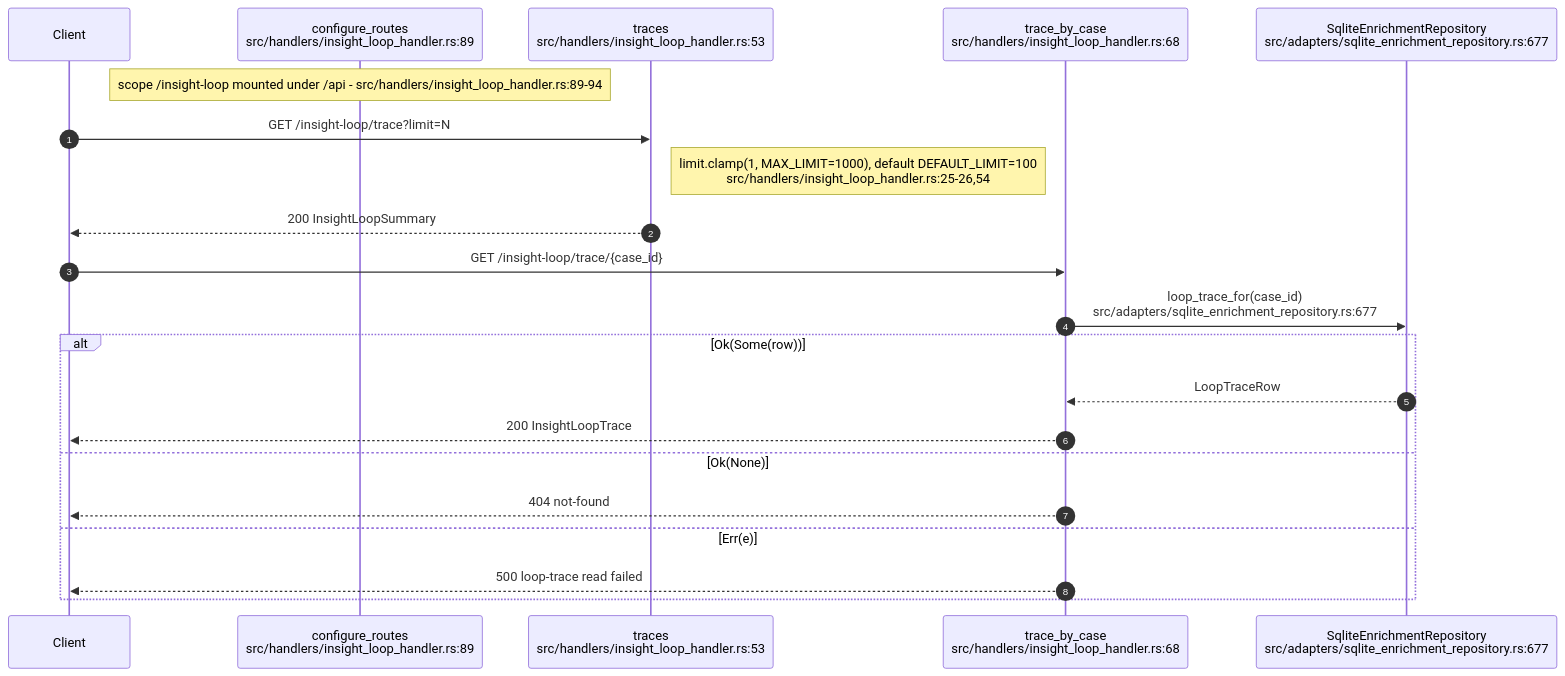
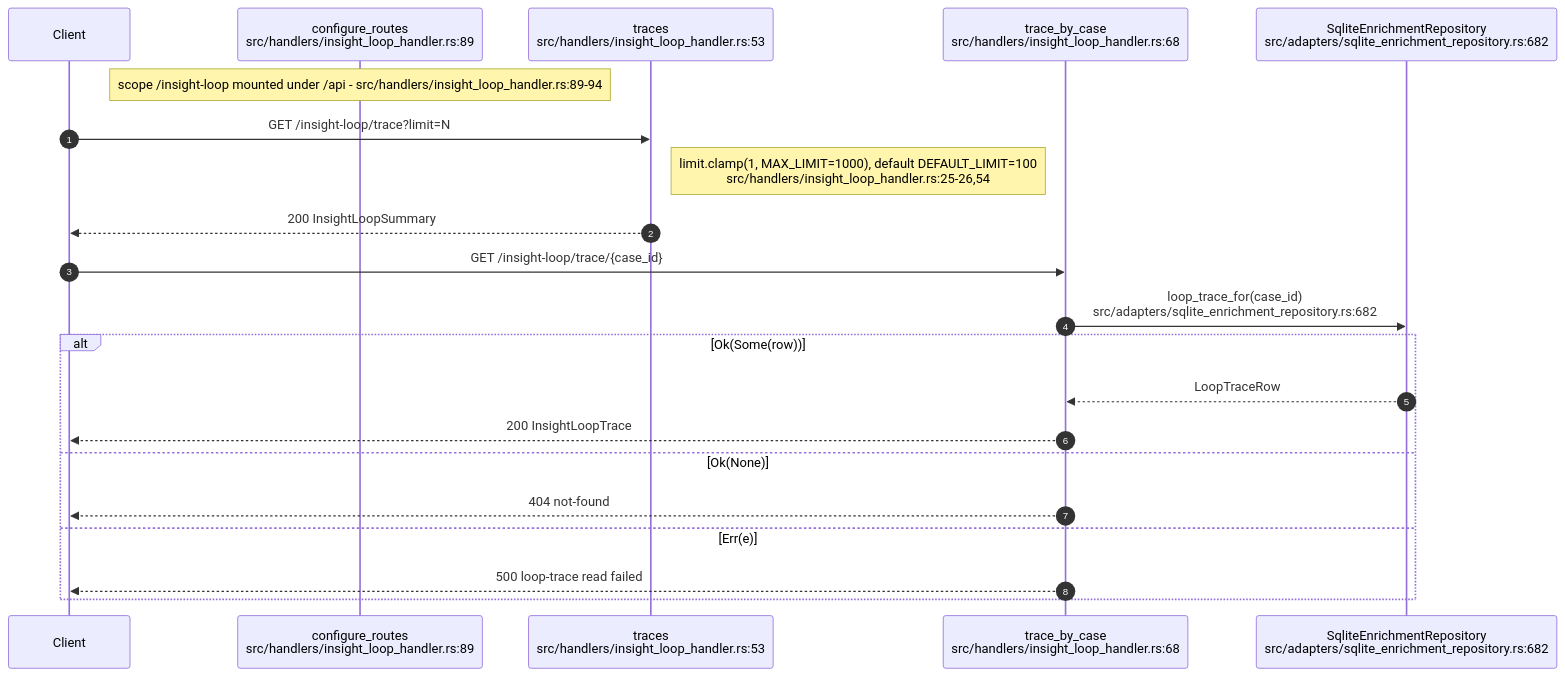
Before and after one commit to DreamLab-AI/AR-AI-Knowledge-Graph: the second of 13 diagrams in docs/diagrams/visionclaw/25-insight-kpi-nlq-semantics.md, drawn with Mermaid. The commit also changed other lines of this file and 73 other files, not shown here.

First line of the commit message:
docs(diagrams): re-verify all 71 topic files against HEAD; add --cite-check

````diff
--- a/docs/diagrams/visionclaw/25-insight-kpi-nlq-semantics.md
+++ b/docs/diagrams/visionclaw/25-insight-kpi-nlq-semantics.md
@@ -91,24 +91,24 @@
 ```mermaid
 sequenceDiagram
     autonumber
     participant C as Client
     participant Cfg as configure_routes<br/>src/handlers/insight_loop_handler.rs:89
     participant T as traces<br/>src/handlers/insight_loop_handler.rs:53
     participant TC as trace_by_case<br/>src/handlers/insight_loop_handler.rs:68
-    participant R as SqliteEnrichmentRepository<br/>src/adapters/sqlite_enrichment_repository.rs:677
+    participant R as SqliteEnrichmentRepository<br/>src/adapters/sqlite_enrichment_repository.rs:682
 
     Note over Cfg: scope /insight-loop mounted under /api - src/handlers/insight_loop_handler.rs:89-94
     C->>T: GET /insight-loop/trace?limit=N
     Note right of T: limit.clamp(1, MAX_LIMIT=1000), default DEFAULT_LIMIT=100<br/>src/handlers/insight_loop_handler.rs:25-26,54
     T-->>C: 200 InsightLoopSummary
     C->>TC: GET /insight-loop/trace/{case_id}
-    TC->>R: loop_trace_for(case_id)<br/>src/adapters/sqlite_enrichment_repository.rs:677
+    TC->>R: loop_trace_for(case_id)<br/>src/adapters/sqlite_enrichment_repository.rs:682
     alt Ok(Some(row))
         R-->>TC: LoopTraceRow
         TC-->>C: 200 InsightLoopTrace
     else Ok(None)
         TC-->>C: 404 not-found
     else Err(e)
         TC-->>C: 500 loop-trace read failed
     end
 ```
````
